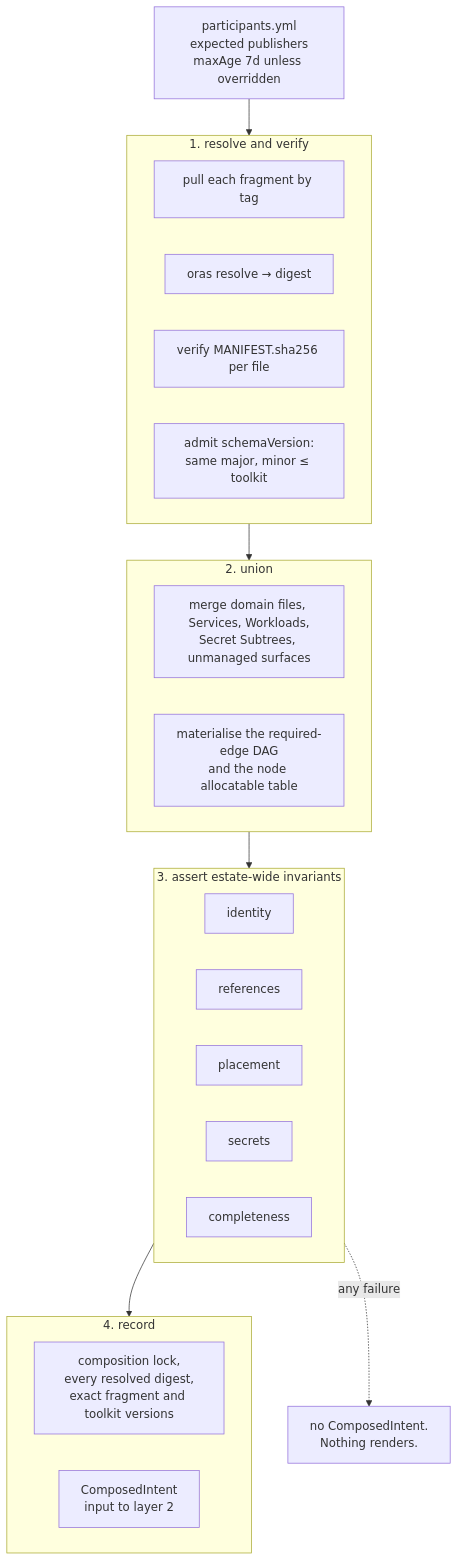
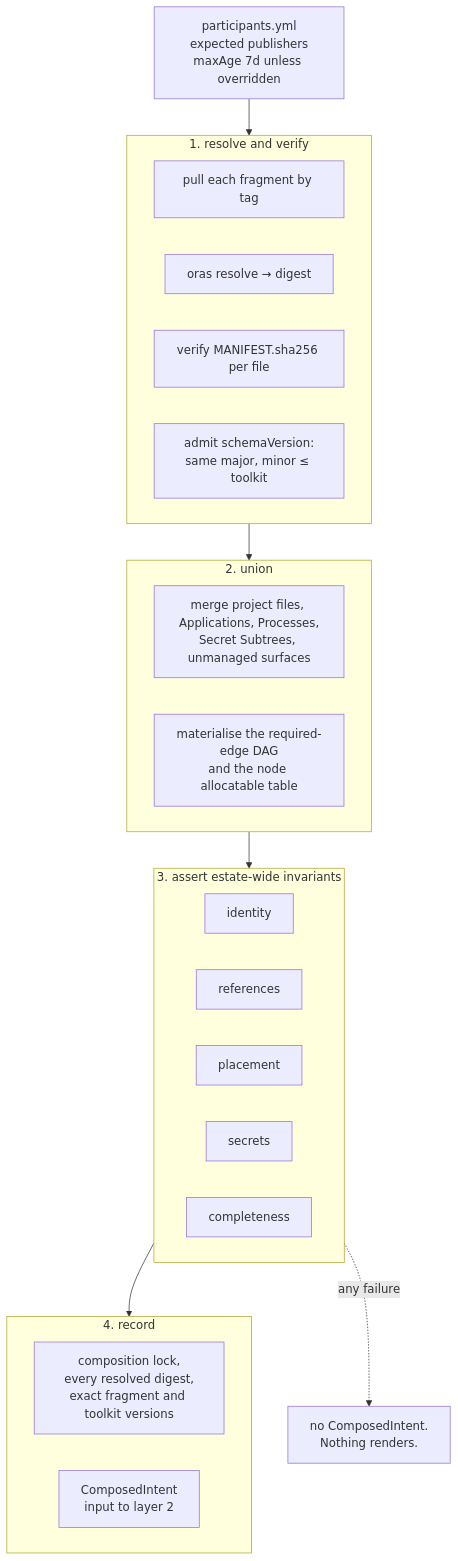
The diagram in spec/v1/40-composition.md (JorisJonkers-dev/deploy-kit), drawn with Mermaid before and after one commit. The commit also changed other lines of this file and 169 other files, not shown here.

````diff
--- a/spec/v1/40-composition.md
+++ b/spec/v1/40-composition.md
@@ -780,35 +780,35 @@
 ```mermaid
 flowchart TB
     P["participants.yml<br/>expected publishers<br/>maxAge 7d unless overridden"]
 
     subgraph PULL["1. resolve and verify"]
         p1["pull each fragment by tag"]
         p2["oras resolve → digest"]
         p3["verify MANIFEST.sha256 per file"]
         p4["admit schemaVersion:<br/>same major, minor ≤ toolkit"]
     end
 
     subgraph UNION["2. union"]
-        u1["merge domain files, Services, Workloads,<br/>Secret Subtrees, unmanaged surfaces"]
+        u1["merge project files, Applications, Processes,<br/>Secret Subtrees, unmanaged surfaces"]
         u2["materialise the required-edge DAG<br/>and the node allocatable table"]
     end
 
     subgraph ASSERT["3. assert estate-wide invariants"]
         a1["identity"]
         a2["references"]
         a3["placement"]
         a4["secrets"]
         a5["completeness"]
     end
 
     subgraph OUT["4. record"]
         o1["composition lock,<br/>every resolved digest,<br/>exact fragment and toolkit versions"]
         o2["ComposedIntent<br/>input to layer 2"]
     end
 
     P --> PULL
     PULL --> UNION
     UNION --> ASSERT
     ASSERT --> OUT
     ASSERT -.->|"any failure"| X["no ComposedIntent.<br/>Nothing renders."]
 ```
````
